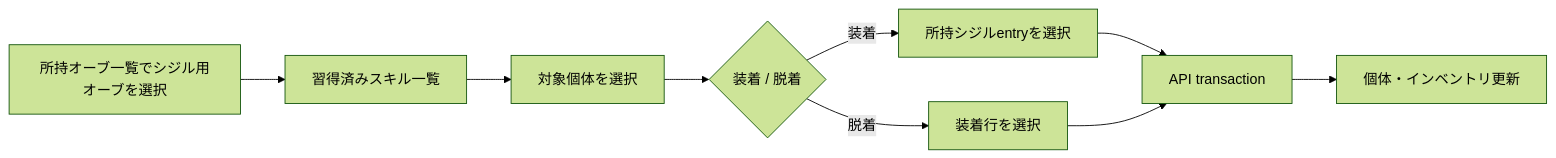
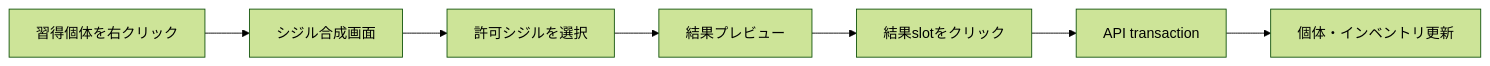
Before and after one commit to maaasu/AstralRecord-Workspace: the third of 3 diagrams in 00_docs/10_Plugin設計書/feature/13-skill/4-統合フロー/13_4-スキルバインドGUI.md, drawn with Mermaid (forest theme). The commit also changed other lines of this file and 55 other files, not shown here.

````diff
--- a/00_docs/10_Plugin設計書/feature/13-skill/4-統合フロー/13_4-スキルバインドGUI.md
+++ b/00_docs/10_Plugin設計書/feature/13-skill/4-統合フロー/13_4-スキルバインドGUI.md
@@ -58,11 +64,9 @@
 ```mermaid
 flowchart LR
-    A[所持オーブ一覧でシジル用オーブを選択] --> B[習得済みスキル一覧]
-    B --> C[対象個体を選択]
-    C --> D{装着 / 脱着}
-    D -->|装着| E[所持シジルentryを選択]
-    D -->|脱着| F[装着行を選択]
-    E --> G[API transaction]
-    F --> G
-    G --> H[個体・インベントリ更新]
+    A[習得個体を右クリック] --> B[シジル合成画面]
+    B --> C[許可シジルを選択]
+    C --> D[結果プレビュー]
+    D --> E[結果slotをクリック]
+    E --> F[API transaction]
+    F --> G[個体・インベントリ更新]
 ```
````
